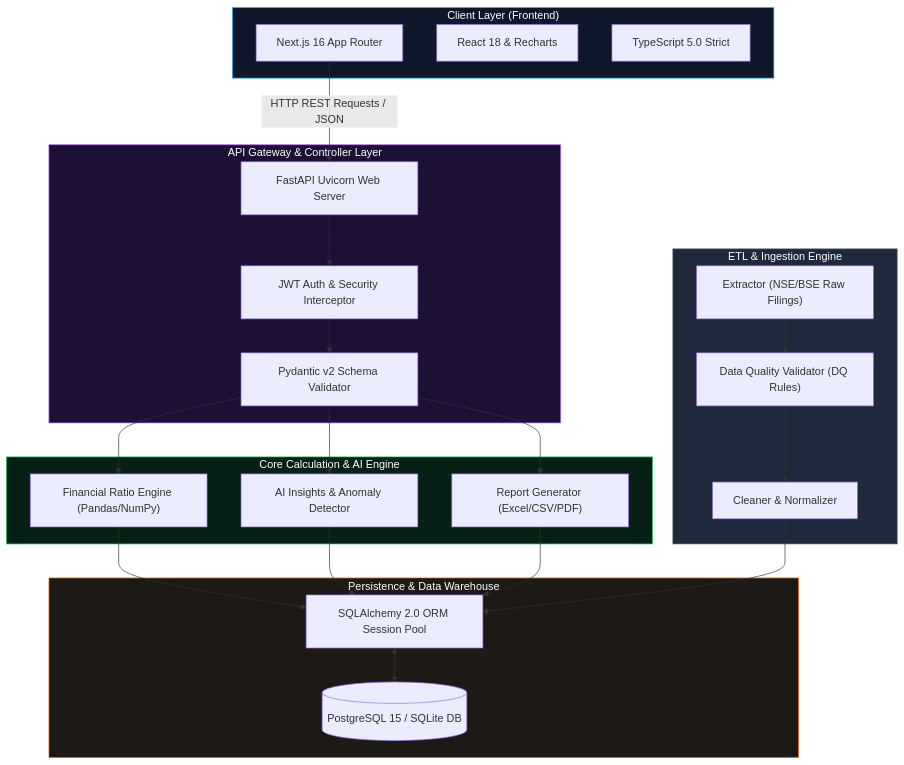
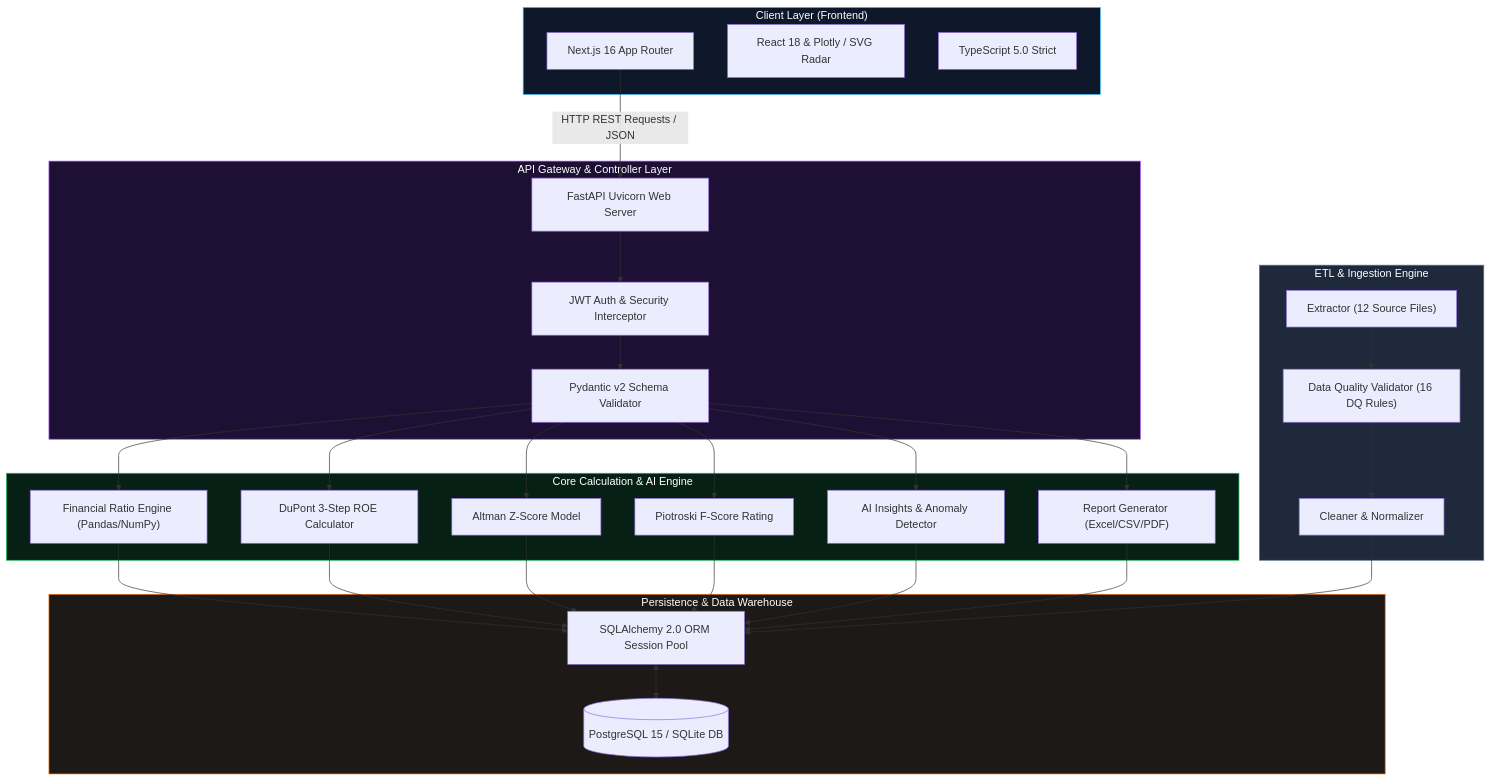
One commit to MALLAMPOLAIAHGANESH/n100-financial-intelligence-platform changed the third of 7 diagrams in README.md. Above: the diagram before and after it, drawn with Mermaid. The commit also changed other lines of this file, not shown here.

Commit message:
docs: update README.md with DuPont, Altman Z, Piotroski models, reports API & peer radar

````diff
--- a/README.md
+++ b/README.md
@@ -157,46 +149,49 @@
 ```mermaid
 graph TD
     subgraph Client_Layer ["Client Layer (Frontend)"]
         UI["Next.js 16 App Router"]
-        RC["React 18 & Recharts"]
+        RC["React 18 & Plotly / SVG Radar"]
         TS["TypeScript 5.0 Strict"]
     end
 
     subgraph API_Layer ["API Gateway & Controller Layer"]
         FA["FastAPI Uvicorn Web Server"]
         JWT["JWT Auth & Security Interceptor"]
         PYD["Pydantic v2 Schema Validator"]
     end
 
     subgraph Analytics_Layer ["Core Calculation & AI Engine"]
         FRE["Financial Ratio Engine (Pandas/NumPy)"]
+        DUP["DuPont 3-Step ROE Calculator"]
+        ALT["Altman Z-Score Model"]
+        PIO["Piotroski F-Score Rating"]
         AIE["AI Insights & Anomaly Detector"]
         REP["Report Generator (Excel/CSV/PDF)"]
     end
 
     subgraph Storage_Layer ["Persistence & Data Warehouse"]
         ORM["SQLAlchemy 2.0 ORM Session Pool"]
         PG[("PostgreSQL 15 / SQLite DB")]
     end
 
     subgraph ETL_Layer ["ETL & Ingestion Engine"]
-        EXT["Extractor (NSE/BSE Raw Filings)"]
-        VAL["Data Quality Validator (DQ Rules)"]
+        EXT["Extractor (12 Source Files)"]
+        VAL["Data Quality Validator (16 DQ Rules)"]
         CLN["Cleaner & Normalizer"]
     end
 
     UI -->|"HTTP REST Requests / JSON"| FA
     FA --> JWT --> PYD
-    PYD --> FRE & AIE & REP
-    FRE --> ORM
+    PYD --> FRE & DUP & ALT & PIO & AIE & REP
+    FRE & DUP & ALT & PIO --> ORM
     AIE --> ORM
     REP --> ORM
     ORM <--> PG
     EXT --> VAL --> CLN --> ORM
 
     style Client_Layer fill:#0f172a,stroke:#38bdf8,color:#fff
     style API_Layer fill:#1e1035,stroke:#a855f7,color:#fff
     style Analytics_Layer fill:#062016,stroke:#22c55e,color:#fff
     style Storage_Layer fill:#1c1917,stroke:#f97316,color:#fff
     style ETL_Layer fill:#1e293b,stroke:#64748b,color:#fff
 ```
````
